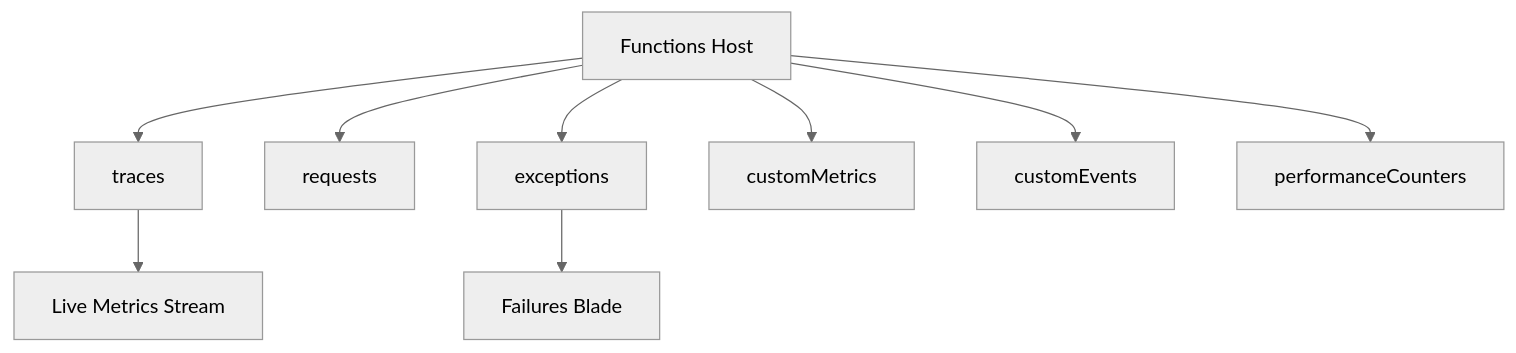
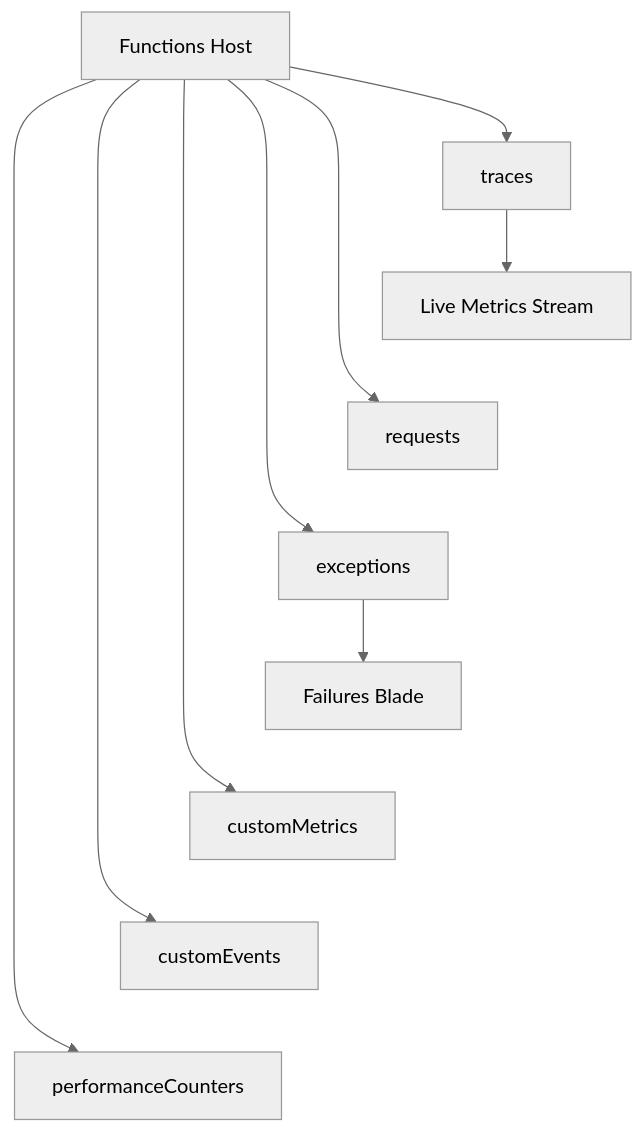
The diagram in docs/reference/metrics/application-insights-telemetry.md (yeongseon/azure-functions-practical-guide), drawn with Mermaid (neutral theme) before and after one commit. The commit also changed other lines of this file and 4 other files, not shown here.

First line of the commit message:
docs(diagrams): clarify Functions metrics reference maps (#555)

````diff
--- a/docs/reference/metrics/application-insights-telemetry.md
+++ b/docs/reference/metrics/application-insights-telemetry.md
@@ -23,11 +25,19 @@
 ```mermaid
 flowchart TD
+    accTitle: Application Insights telemetry tables and views
+    accDescr: Reference associations from the Functions host to configured telemetry tables, with exceptions associated with Failures and traces with live investigation. These are not guaranteed collection paths: automatic performance counters are unsupported on Linux, and Live Metrics uses a separate live channel rather than reading the traces table. See the adjacent collection key.
     A[Functions Host] --> B[traces]
     A --> C[requests]
     A --> D[exceptions]
     A --> E[customMetrics]
     A --> F[customEvents]
     A --> G[performanceCounters]
     D --> H[Failures Blade]
     B --> I[Live Metrics Stream]
+    %% Layout-only links tier topics; they add no telemetry paths or investigation steps.
+    I ~~~ C
+    C ~~~ D
+    H ~~~ E
+    E ~~~ F
+    F ~~~ G
 ```
````
